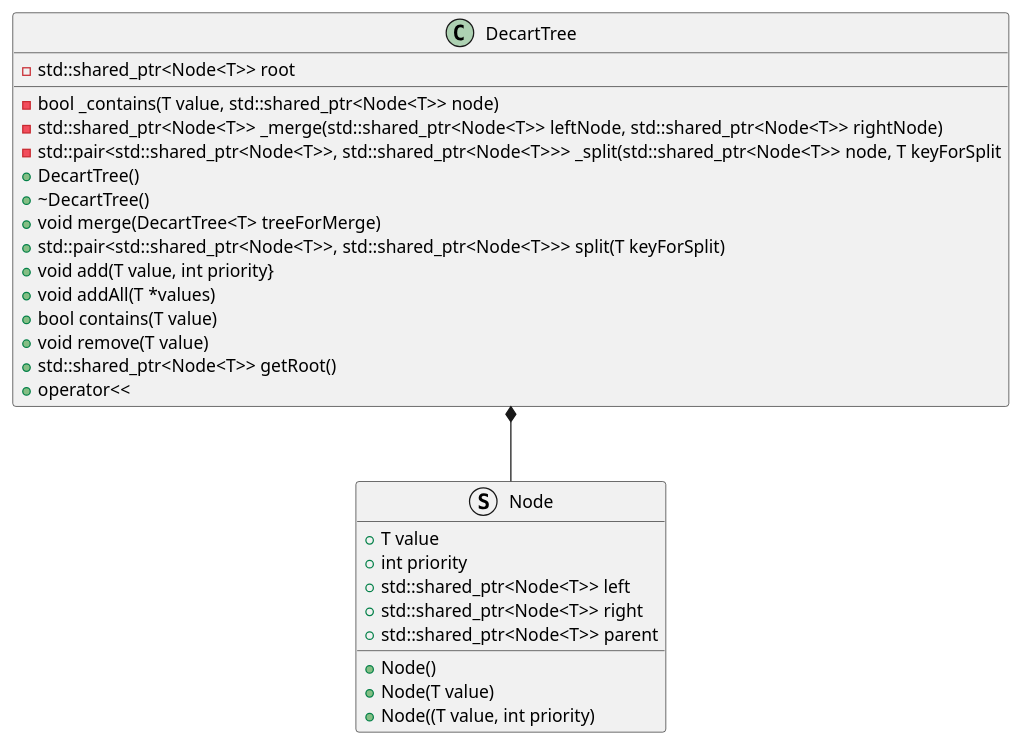
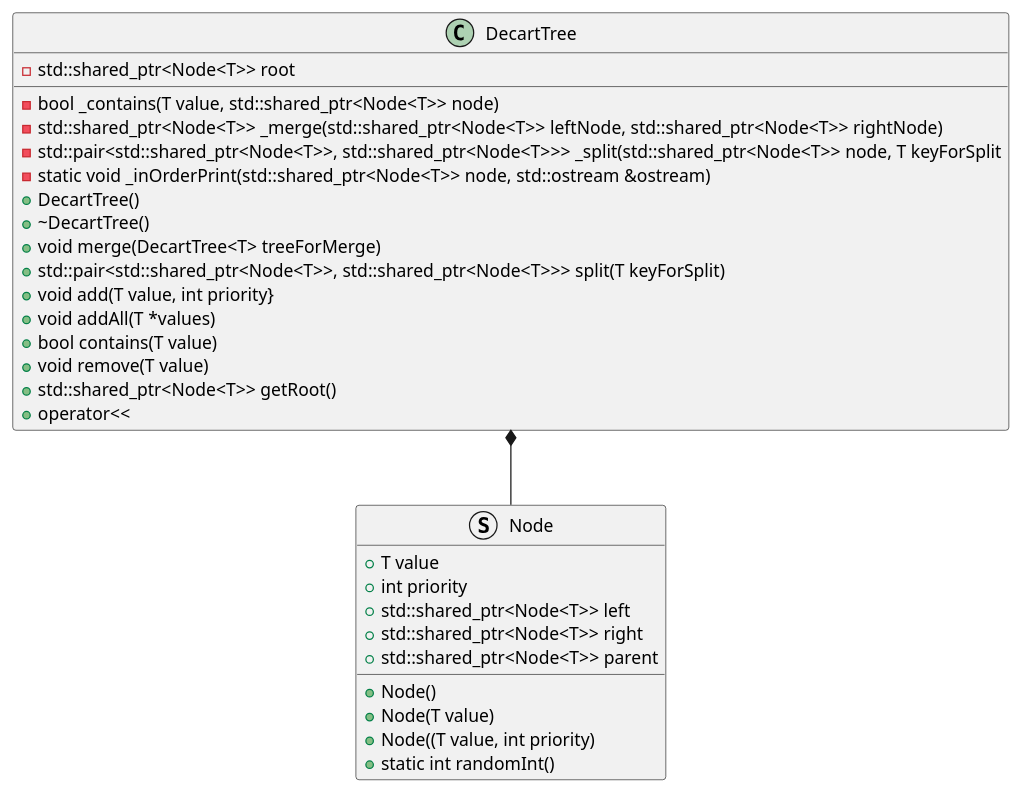
One commit to Divium-l/treap changed the diagram in DataStructureUML.puml. Above: the diagram before and after it, drawn with PlantUML.

```diff
--- a/DataStructureUML.puml
+++ b/DataStructureUML.puml
@@ -1,35 +1,37 @@
 @startuml
 'https://plantuml.com/class-diagram
 
 
 struct Node {
 +{field}T value
 +{field}int priority
 +{field}std::shared_ptr<Node<T>> left
 +{field}std::shared_ptr<Node<T>> right
 +{field}std::shared_ptr<Node<T>> parent
 +{method}Node()
 +{method}Node(T value)
 +{method}Node((T value, int priority)
++{method}static int randomInt()
 }
 
 class DecartTree {
 -{field}std::shared_ptr<Node<T>> root
 -{method}bool _contains(T value, std::shared_ptr<Node<T>> node)
 -{method}std::shared_ptr<Node<T>> _merge(std::shared_ptr<Node<T>> leftNode, std::shared_ptr<Node<T>> rightNode)
 -{method}std::pair<std::shared_ptr<Node<T>>, std::shared_ptr<Node<T>>> _split(std::shared_ptr<Node<T>> node, T keyForSplit
+-{method}static void _inOrderPrint(std::shared_ptr<Node<T>> node, std::ostream &ostream)
 +{method}DecartTree()
 +{method}~DecartTree()
 +{method}void merge(DecartTree<T> treeForMerge)
 +{method}std::pair<std::shared_ptr<Node<T>>, std::shared_ptr<Node<T>>> split(T keyForSplit)
 +{method}void add(T value, int priority}
 +{method}void addAll(T *values)
 +{method}bool contains(T value)
 +{method}void remove(T value)
 +{method}std::shared_ptr<Node<T>> getRoot()
 +{method}operator<<
 }
 
 DecartTree*--Node
 
 @enduml
```
